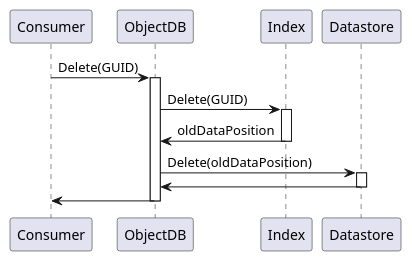
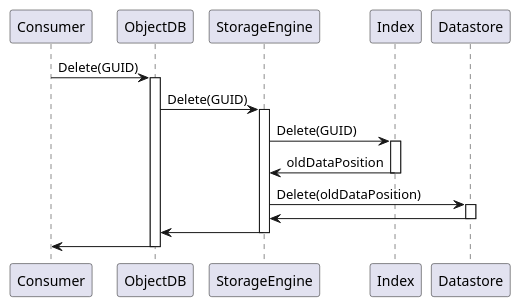
One commit to markus-wa/ObjectOrientedDB changed the diagram in doc/sd-delete.puml. Above: the diagram before and after it, drawn with PlantUML.

```diff
--- a/doc/sd-delete.puml
+++ b/doc/sd-delete.puml
@@ -1,17 +1,20 @@
 @startuml
 participant Consumer
 participant ObjectDB
+participant StorageEngine
 participant Index
 participant Datastore
 
 Consumer -> ObjectDB ++: Delete(GUID)
 
-ObjectDB -> Index ++: Delete(GUID)
-Index -> ObjectDB --: oldDataPosition
+ObjectDB -> StorageEngine ++: Delete(GUID)
+StorageEngine -> Index ++: Delete(GUID)
+Index -> StorageEngine --: oldDataPosition
 
-ObjectDB -> Datastore ++: Delete(oldDataPosition)
-Datastore -> ObjectDB --
+StorageEngine -> Datastore ++: Delete(oldDataPosition)
+Datastore -> StorageEngine --
+StorageEngine -> ObjectDB --
 
 ObjectDB -> Consumer --
 
 @enduml
```
